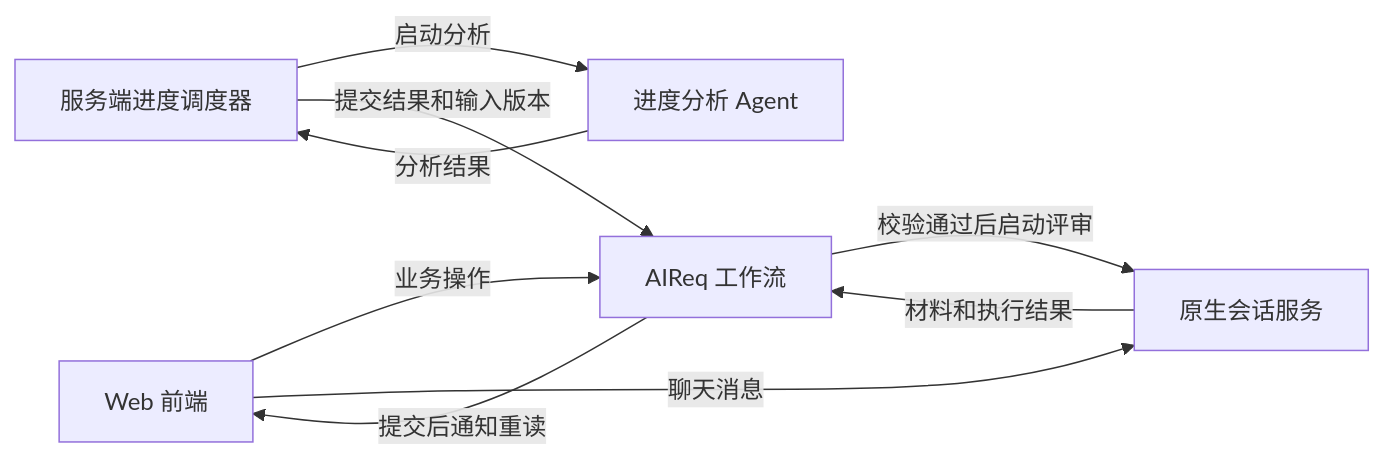
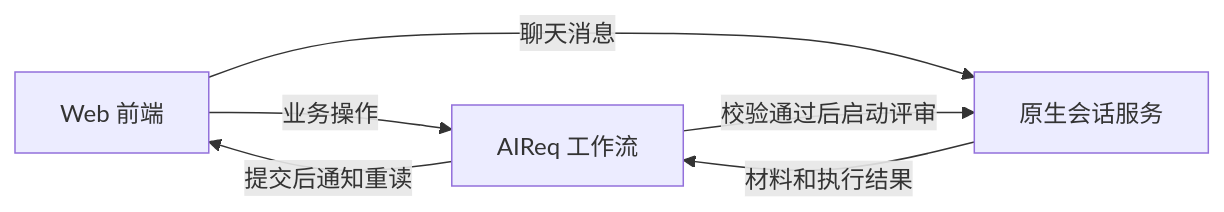
The diagram in docs/architecture/pure-web-module-ownership.md (jchanghong023/ZCode), drawn with Mermaid before and after one commit. The commit also changed other lines of this file and 181 other files, not shown here.

````diff
--- a/docs/architecture/pure-web-module-ownership.md
+++ b/docs/architecture/pure-web-module-ownership.md
@@ -18,11 +18,8 @@
 ```mermaid
 flowchart LR
   UI[Web 前端] -->|业务操作| W[AIReq 工作流]
   UI -->|聊天消息| N[原生会话服务]
   N -->|材料和执行结果| W
   W -->|校验通过后启动评审| N
-  S[服务端进度调度器] -->|启动分析| A[进度分析 Agent]
-  A -->|分析结果| S
-  S -->|提交结果和输入版本| W
   W -->|提交后通知重读| UI
 ```
````
